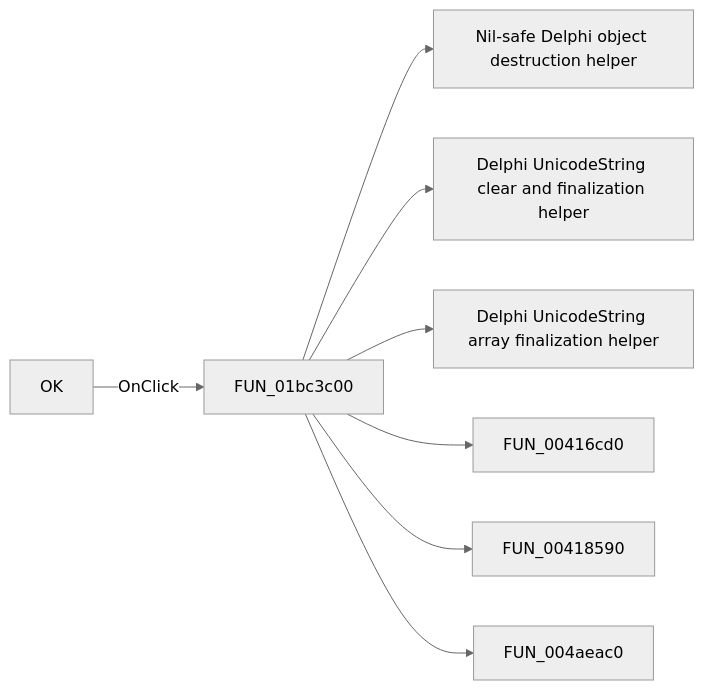
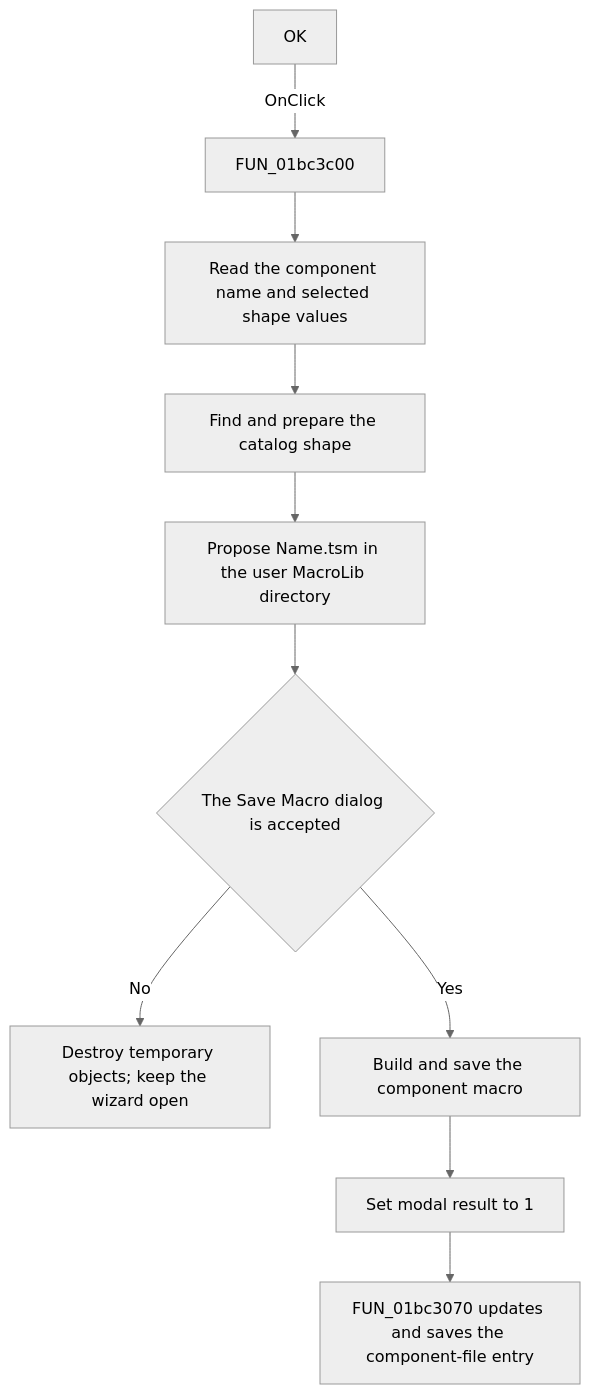
Before and after one commit to MovGP0/TIARA: the diagram in docs/ui-controls/frmpcbonlycompwizard/btnok-274c278d90.md, drawn with Mermaid (neutral theme). The commit also changed other lines of this file and 387 other files, not shown here.

````diff
--- a/docs/ui-controls/frmpcbonlycompwizard/btnok-274c278d90.md
+++ b/docs/ui-controls/frmpcbonlycompwizard/btnok-274c278d90.md
@@ -27,10 +57,12 @@
 ```mermaid
-flowchart LR
+flowchart TD
     control["OK"] -->|OnClick| handler["FUN_01bc3c00"]
-    handler --> call1["Nil-safe Delphi object destruction helper"]
-    handler --> call2["Delphi UnicodeString clear and finalization helper"]
-    handler --> call3["Delphi UnicodeString array finalization helper"]
-    handler --> call4["FUN_00416cd0"]
-    handler --> call5["FUN_00418590"]
-    handler --> call6["FUN_004aeac0"]
+    handler --> read["Read the component name and selected shape values"]
+    read --> catalog["Find and prepare the catalog shape"]
+    catalog --> propose["Propose Name.tsm in the user MacroLib directory"]
+    propose --> accepted{"The Save Macro dialog is accepted"}
+    accepted -->|No| cancel["Destroy temporary objects; keep the wizard open"]
+    accepted -->|Yes| build["Build and save the component macro"]
+    build --> result["Set modal result to 1"]
+    result --> update["FUN_01bc3070 updates and saves the component-file entry"]
 ```
````
